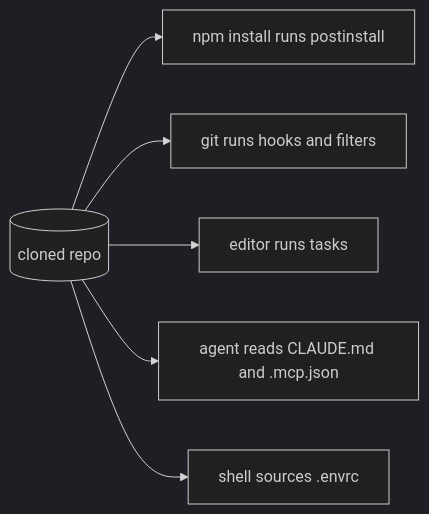
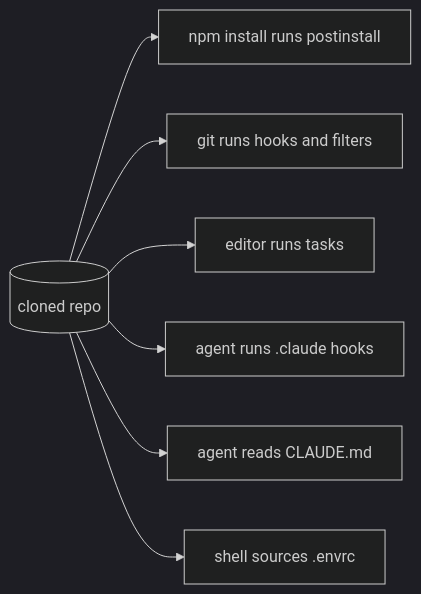
Before and after one commit to thecandylane/jack-site: the first of 2 diagrams in src/content/posts/defanging-shai-hulud.mdx, drawn with Mermaid (dark theme). The commit also changed other lines of this file and 2 other files, not shown here.

Commit message:
copy: factual work copy; Defang: Shai-Hulud's door was agent hooks

````diff
--- a/src/content/posts/defanging-shai-hulud.mdx
+++ b/src/content/posts/defanging-shai-hulud.mdx
@@ -24,8 +25,9 @@
 ```mermaid
 flowchart LR
   R[(cloned repo)] --> N[npm install runs postinstall]
   R --> G[git runs hooks and filters]
   R --> E[editor runs tasks]
-  R --> A[agent reads CLAUDE.md and .mcp.json]
+  R --> H[agent runs .claude hooks]
+  R --> A[agent reads CLAUDE.md]
   R --> S[shell sources .envrc]
 ```
````
